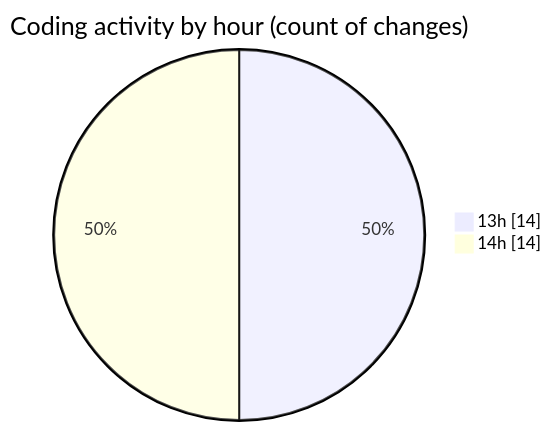
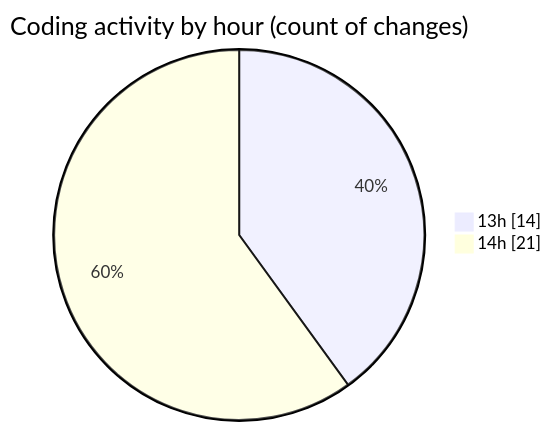
One commit to momahboobian/code-tracking changed the second of 2 diagrams in 2025-11-26/cda/README.md. Above: the diagram before and after it, drawn with Mermaid. The commit also changed other lines of this file and 1 other file, not shown here.

````diff
--- a/2025-11-26/cda/README.md
+++ b/2025-11-26/cda/README.md
@@ -30,6 +35,6 @@
 ```mermaid
 pie showData
 title Coding activity by hour (count of changes)
 "13h" : 14
-"14h" : 14
+"14h" : 21
 ```
````
